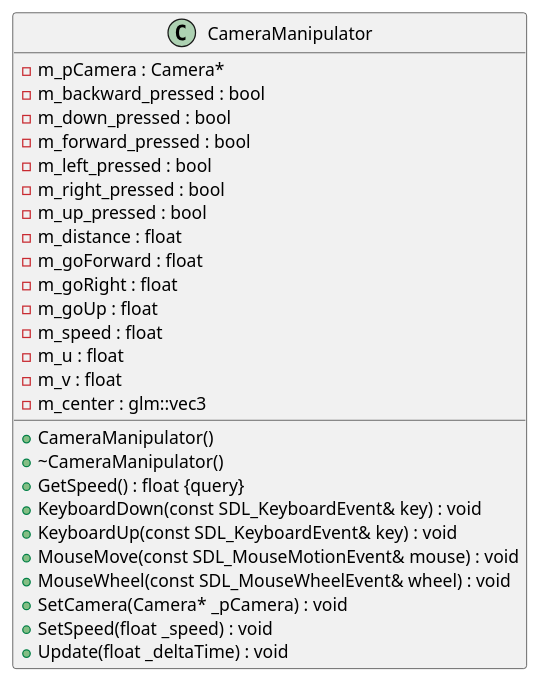
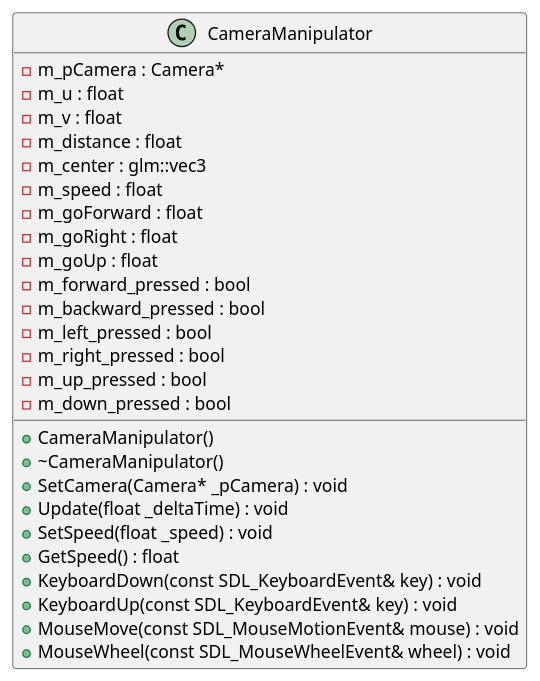
One commit to monkeysoop/szakdoga changed the diagram in docs/plantuml/CameraManipulator_class_diagram.puml. Above: the diagram before and after it, drawn with PlantUML. The commit also changed 15 other files, not shown here.

Commit message:
fixed the order in puml class diagram files

```diff
--- a/docs/plantuml/CameraManipulator_class_diagram.puml
+++ b/docs/plantuml/CameraManipulator_class_diagram.puml
@@ -1,35 +1,35 @@
 @startuml
 
 
 
 class CameraManipulator {
 	+CameraManipulator()
-	+~CameraManipulator()
-	-m_pCamera : Camera*
-	-m_backward_pressed : bool
-	-m_down_pressed : bool
-	-m_forward_pressed : bool
-	-m_left_pressed : bool
-	-m_right_pressed : bool
-	-m_up_pressed : bool
-	+GetSpeed() : float {query}
-	-m_distance : float
-	-m_goForward : float
-	-m_goRight : float
-	-m_goUp : float
-	-m_speed : float
-	-m_u : float
-	-m_v : float
-	-m_center : glm::vec3
-	+KeyboardDown(const SDL_KeyboardEvent& key) : void
-	+KeyboardUp(const SDL_KeyboardEvent& key) : void
-	+MouseMove(const SDL_MouseMotionEvent& mouse) : void
-	+MouseWheel(const SDL_MouseWheelEvent& wheel) : void
-	+SetCamera(Camera* _pCamera) : void
-	+SetSpeed(float _speed) : void
-	+Update(float _deltaTime) : void
+    +~CameraManipulator()
+    +SetCamera(Camera* _pCamera) : void
+    +Update(float _deltaTime) : void
+    +SetSpeed(float _speed) : void
+    +GetSpeed() : float
+    +KeyboardDown(const SDL_KeyboardEvent& key) : void
+    +KeyboardUp(const SDL_KeyboardEvent& key) : void
+    +MouseMove(const SDL_MouseMotionEvent& mouse) : void
+    +MouseWheel(const SDL_MouseWheelEvent& wheel) : void
+    -m_pCamera : Camera*
+    -m_u : float
+    -m_v : float
+    -m_distance : float
+    -m_center : glm::vec3
+    -m_speed : float
+    -m_goForward : float
+    -m_goRight : float
+    -m_goUp : float
+    -m_forward_pressed : bool
+    -m_backward_pressed : bool
+    -m_left_pressed : bool
+    -m_right_pressed : bool
+    -m_up_pressed : bool
+    -m_down_pressed : bool
 }
 
 
 
 @enduml
```
